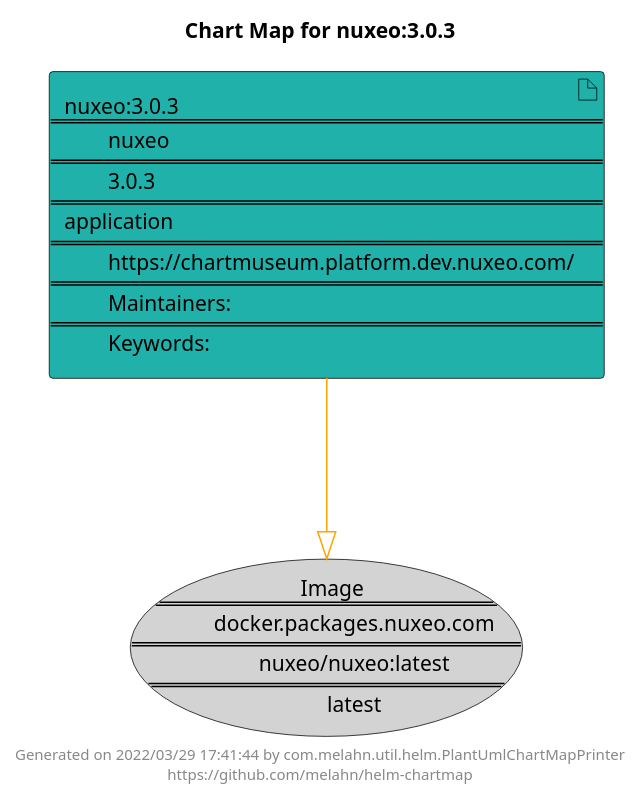
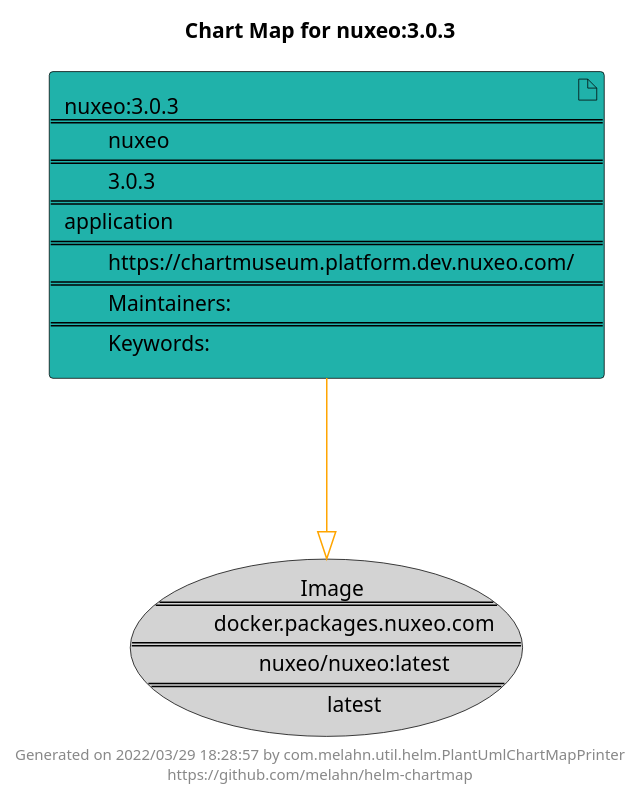
Before and after one commit to melahn/helm-chartmap: the diagram in docs/nuxeo/nuxeo-3.0.3.puml, drawn with PlantUML. The commit also changed 51 other files, not shown here.

Commit message:
Update Example Chart Maps as part of GitHub build

```diff
--- a/docs/nuxeo/nuxeo-3.0.3.puml
+++ b/docs/nuxeo/nuxeo-3.0.3.puml
@@ -1,21 +1,21 @@
 @startuml
 skinparam linetype ortho
 skinparam backgroundColor white
 skinparam usecaseBorderColor black
 skinparam usecaseArrowColor LightSlateGray
 skinparam artifactBorderColor black
 skinparam artifactArrowColor LightSlateGray
 
 title Chart Map for nuxeo:3.0.3
 
 'There is one referenced Helm Chart
 artifact "nuxeo:3.0.3\n====\n\tnuxeo\n====\n\t3.0.3\n====\napplication\n====\n\thttps://chartmuseum.platform.dev.nuxeo.com/\n====\n\tMaintainers: \n====\n\tKeywords: " as nuxeo_3_0_3 #LightSeaGreen
 
 'There is one referenced Docker Image
 usecase "Image\n====\n\tdocker.packages.nuxeo.com\n====\n\tnuxeo/nuxeo:latest\n====\n\tlatest" as docker_packages_nuxeo_com_nuxeo_nuxeo_latest #LightGray
 
 'Chart Dependencies
 nuxeo_3_0_3--[#orange]-|>docker_packages_nuxeo_com_nuxeo_nuxeo_latest
 
-center footer Generated on 2022/03/29 17:41:44 by com.melahn.util.helm.PlantUmlChartMapPrinter\nhttps://github.com/melahn/helm-chartmap
+center footer Generated on 2022/03/29 18:28:57 by com.melahn.util.helm.PlantUmlChartMapPrinter\nhttps://github.com/melahn/helm-chartmap
 @enduml
```
